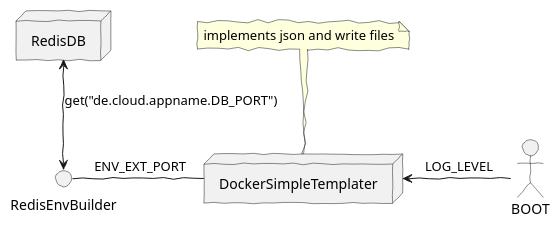
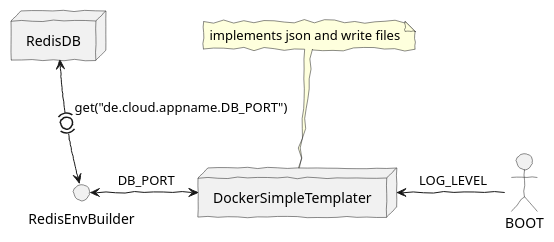
One commit to dockermgeo/DockerSimpleTemplater changed the diagram in docs/dst-architektur.puml. Above: the diagram before and after it, drawn with PlantUML. The commit also changed 1 other file, not shown here.

Commit message:
RedisDB-Client

```diff
--- a/docs/dst-architektur.puml
+++ b/docs/dst-architektur.puml
@@ -1,16 +1,16 @@
 @startuml
 skinparam handwritten true
 
 node RedisDB
 interface RedisEnvBuilder
 actor BOOT
 node DockerSimpleTemplater
 
 
-RedisDB <--> RedisEnvBuilder:get("de.cloud.appname.DB_PORT")
+RedisDB <-(0)-> RedisEnvBuilder:get("de.cloud.appname.DB_PORT")
 DockerSimpleTemplater <- BOOT:" LOG_LEVEL"
-RedisEnvBuilder - DockerSimpleTemplater:" ENV_EXT_PORT"
+RedisEnvBuilder <-> DockerSimpleTemplater:" DB_PORT"
 note top: implements json and write files
 
 
 @enduml
```
